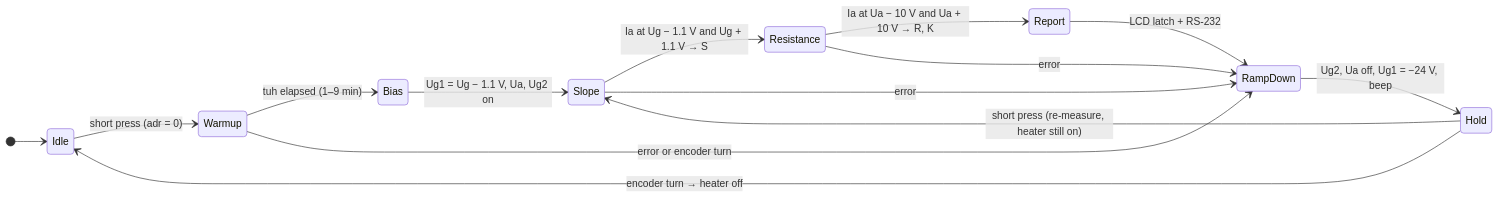
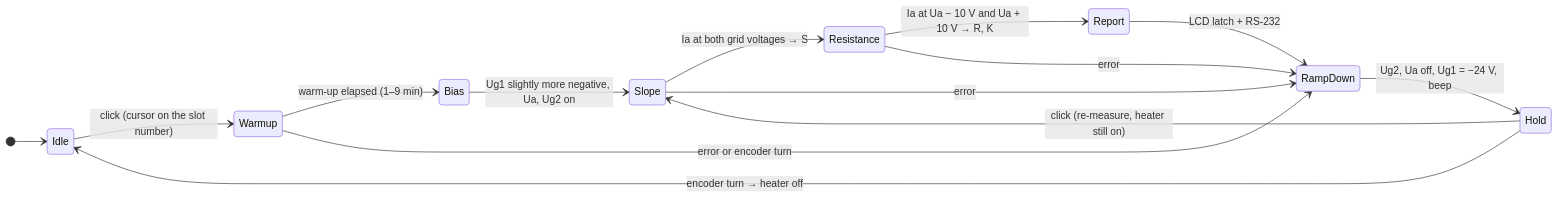
Before and after one commit to radiolok/lamptest: the third of 3 diagrams in README.md, drawn with Mermaid. The commit also changed other lines of this file and 61 other files, not shown here.

````diff
--- a/README.md
+++ b/README.md
@@ -221,17 +228,17 @@
 ```mermaid
 stateDiagram-v2
     direction LR
     [*] --> Idle
-    Idle --> Warmup: short press (adr = 0)
-    Warmup --> Bias: tuh elapsed (1–9 min)
-    Bias --> Slope: Ug1 = Ug − 1.1 V, Ua, Ug2 on
-    Slope --> Resistance: Ia at Ug − 1.1 V and Ug + 1.1 V → S
+    Idle --> Warmup: click (cursor on the slot number)
+    Warmup --> Bias: warm-up elapsed (1–9 min)
+    Bias --> Slope: Ug1 slightly more negative, Ua, Ug2 on
+    Slope --> Resistance: Ia at both grid voltages → S
     Resistance --> Report: Ia at Ua − 10 V and Ua + 10 V → R, K
     Report --> RampDown: LCD latch + RS-232
     RampDown --> Hold: Ug2, Ua off, Ug1 = −24 V, beep
-    Hold --> Slope: short press (re-measure, heater still on)
+    Hold --> Slope: click (re-measure, heater still on)
     Hold --> Idle: encoder turn → heater off
     Warmup --> RampDown: error or encoder turn
     Slope --> RampDown: error
     Resistance --> RampDown: error
 ```
````
